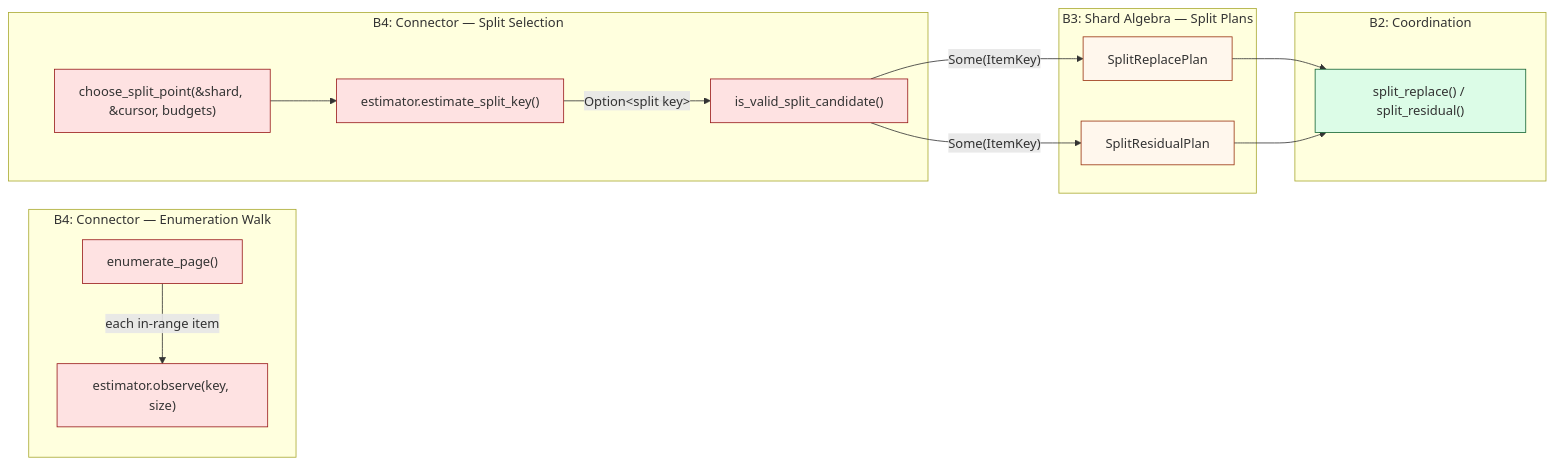
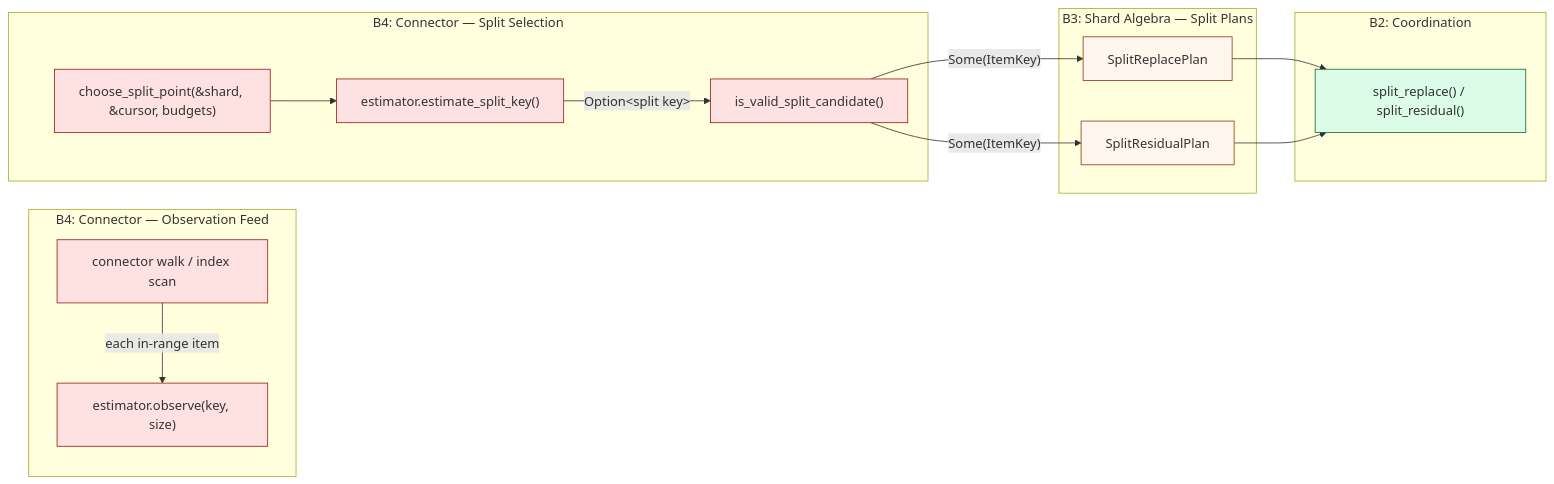
The first of 5 diagrams in diagrams/18-streaming-split-estimation.md (ahrav/Gossip-rs), drawn with Mermaid before and after one commit. The commit also changed other lines of this file and 25 other files, not shown here.

First line of the commit message:
Remove conformance harness and page validation from connector contracts

````diff
--- a/diagrams/18-streaming-split-estimation.md
+++ b/diagrams/18-streaming-split-estimation.md
@@ -31,40 +31,40 @@
 ```mermaid
 %% Diagram: split-estimation-pipeline
 graph LR
-    subgraph B4 Connector ["B4: Connector — Enumeration Walk"]
-        EP["enumerate_page()"]
+    subgraph B4 Connector ["B4: Connector — Observation Feed"]
+        EP["connector walk / index scan"]
         OBS["estimator.observe(key, size)"]
     end
 
     subgraph B4 Split ["B4: Connector — Split Selection"]
         CSP["choose_split_point(&shard, &cursor, budgets)"]
         EST["estimator.estimate_split_key()"]
         VAL["is_valid_split_candidate()"]
     end
 
     subgraph B3 Shard Algebra ["B3: Shard Algebra — Split Plans"]
         SRP["SplitReplacePlan"]
         SRS["SplitResidualPlan"]
     end
 
     subgraph B2 Coord ["B2: Coordination"]
         SPLIT["split_replace() / split_residual()"]
     end
 
     EP -->|"each in-range item"| OBS
     CSP --> EST
     EST -->|"Option&lt;split key&gt;"| VAL
     VAL -->|"Some(ItemKey)"| SRP
     VAL -->|"Some(ItemKey)"| SRS
     SRP --> SPLIT
     SRS --> SPLIT
 
     style EP fill:#FEE2E2,stroke:#991B1B
     style OBS fill:#FEE2E2,stroke:#991B1B
     style CSP fill:#FEE2E2,stroke:#991B1B
     style EST fill:#FEE2E2,stroke:#991B1B
     style VAL fill:#FEE2E2,stroke:#991B1B
     style SRP fill:#FFF7ED,stroke:#9A3412
     style SRS fill:#FFF7ED,stroke:#9A3412
     style SPLIT fill:#DCFCE7,stroke:#166534
 ```
````
